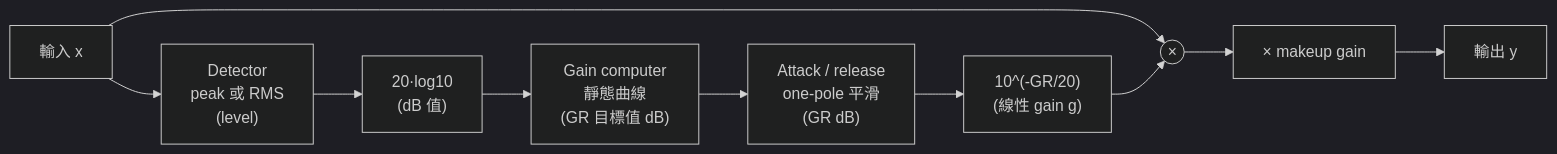
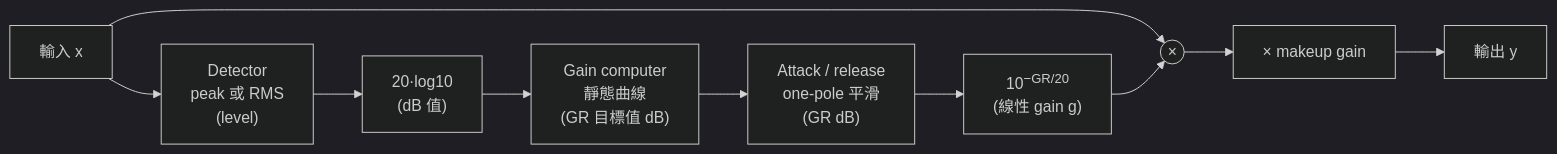
One commit to TomHsieh300/DAW-for-fun changed the diagram in lessons/04-compressor/README.zh-TW.md. Above: the diagram before and after it, drawn with Mermaid (dark theme). The commit also changed 19 other files, not shown here.

First line of the commit message:
lessons: typeset subscripts and superscripts in Mermaid labels

````diff
--- a/lessons/04-compressor/README.zh-TW.md
+++ b/lessons/04-compressor/README.zh-TW.md
@@ -38,11 +38,11 @@
 ```mermaid
 flowchart LR
     X["輸入 x"] --> D["Detector<br/>peak 或 RMS<br/>(level)"]
     D --> L["20·log10<br/>(dB 值)"]
     L --> G["Gain computer<br/>靜態曲線<br/>(GR 目標值 dB)"]
     G --> S["Attack / release<br/>one-pole 平滑<br/>(GR dB)"]
-    S --> E["10^(-GR/20)<br/>(線性 gain g)"]
+    S --> E["10<sup>−GR/20</sup><br/>(線性 gain g)"]
     X --> M(("×"))
     E --> M
     M --> K["× makeup gain"] --> Y["輸出 y"]
 ```
````
